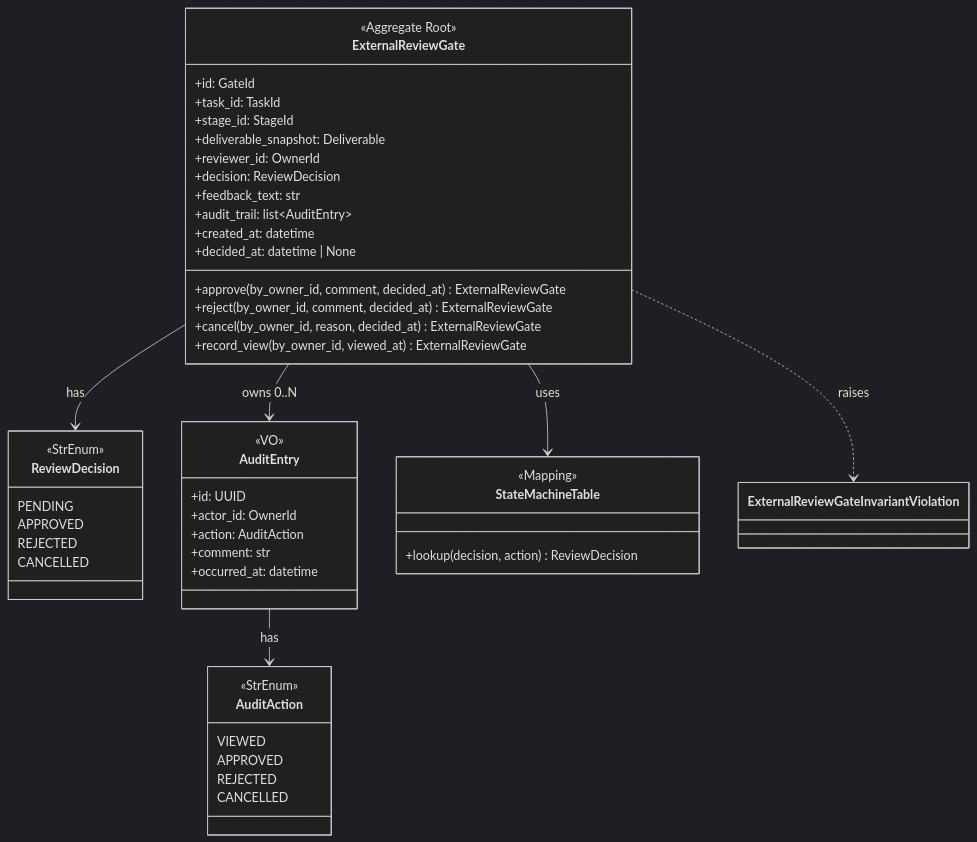
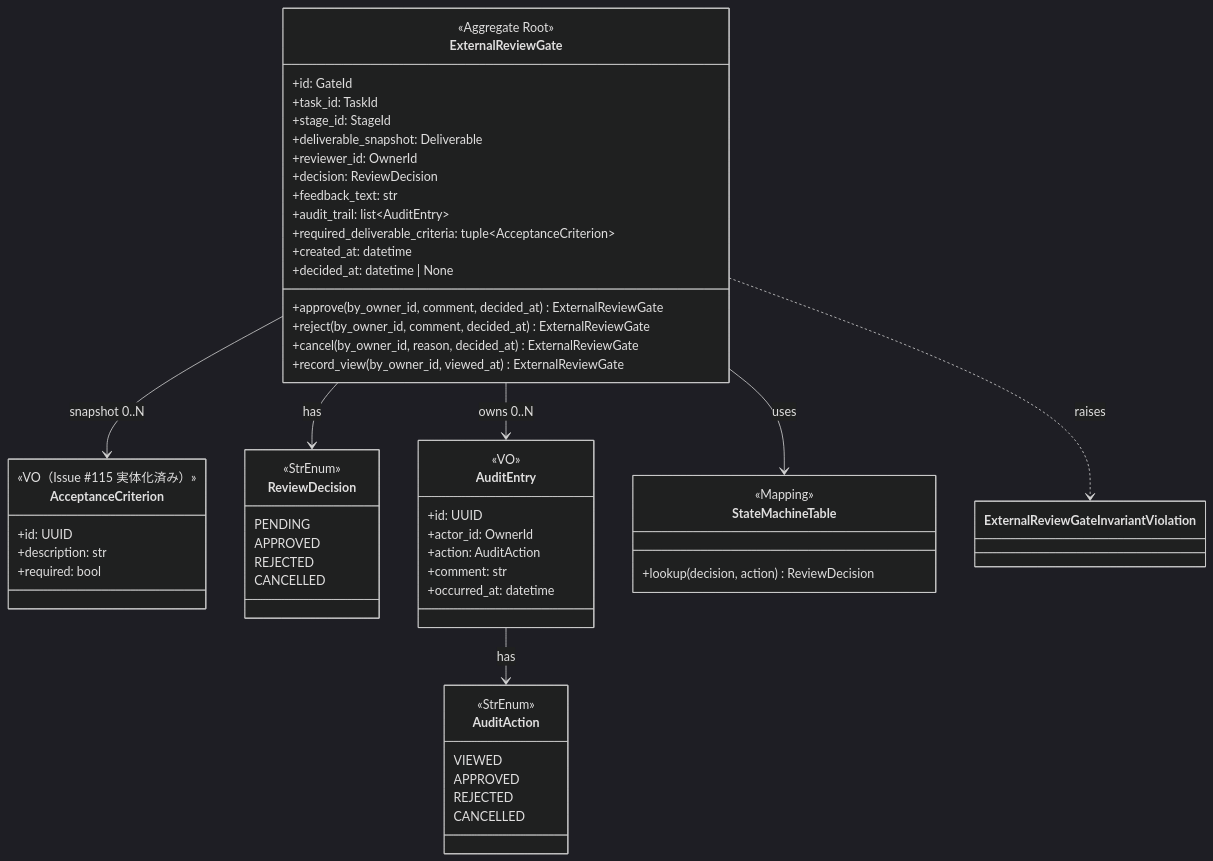
The first of 3 diagrams in docs/features/external-review-gate/domain/basic-design.md (bakufu-dev/bakufu), drawn with Mermaid (dark theme) before and after one commit. The commit also changed other lines of this file and 9 other files, not shown here.

First line of the commit message:
docs(#121): ExternalReviewGate に required_deliverable_criteria snapshot を追加

````diff
--- a/docs/features/external-review-gate/domain/basic-design.md
+++ b/docs/features/external-review-gate/domain/basic-design.md
@@ -69,53 +71,61 @@
 ```mermaid
 classDiagram
     class ExternalReviewGate {
         <<Aggregate Root>>
         +id: GateId
         +task_id: TaskId
         +stage_id: StageId
         +deliverable_snapshot: Deliverable
         +reviewer_id: OwnerId
         +decision: ReviewDecision
         +feedback_text: str
         +audit_trail: list~AuditEntry~
+        +required_deliverable_criteria: tuple~AcceptanceCriterion~
         +created_at: datetime
         +decided_at: datetime | None
         +approve(by_owner_id, comment, decided_at) ExternalReviewGate
         +reject(by_owner_id, comment, decided_at) ExternalReviewGate
         +cancel(by_owner_id, reason, decided_at) ExternalReviewGate
         +record_view(by_owner_id, viewed_at) ExternalReviewGate
+    }
+    class AcceptanceCriterion {
+        <<VO（Issue #115 実体化済み）>>
+        +id: UUID
+        +description: str
+        +required: bool
     }
     class ReviewDecision {
         <<StrEnum>>
         PENDING
         APPROVED
         REJECTED
         CANCELLED
     }
     class AuditEntry {
         <<VO>>
         +id: UUID
         +actor_id: OwnerId
         +action: AuditAction
         +comment: str
         +occurred_at: datetime
     }
     class AuditAction {
         <<StrEnum>>
         VIEWED
         APPROVED
         REJECTED
         CANCELLED
     }
     class StateMachineTable {
         <<Mapping>>
         +lookup(decision, action) ReviewDecision
     }
     class ExternalReviewGateInvariantViolation
 
     ExternalReviewGate --> ReviewDecision : has
     ExternalReviewGate --> StateMachineTable : uses
     ExternalReviewGate --> AuditEntry : owns 0..N
+    ExternalReviewGate --> AcceptanceCriterion : snapshot 0..N
     AuditEntry --> AuditAction : has
     ExternalReviewGate ..> ExternalReviewGateInvariantViolation : raises
 ```
````
